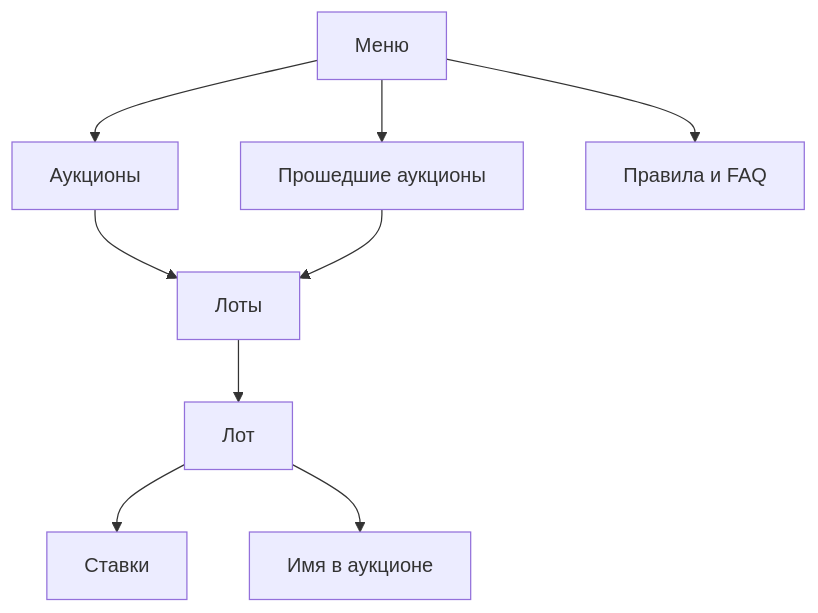
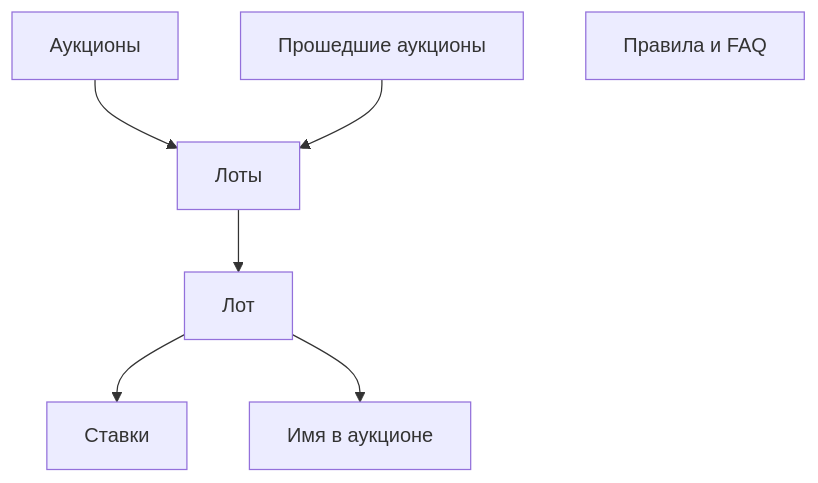
One commit to Solguficky/solguficky-hub changed the second of 2 diagrams in docs/design/bot/design-code.md. Above: the diagram before and after it, drawn with Mermaid. The commit also changed other lines of this file and 34 other files, not shown here.

````diff
--- a/docs/design/bot/design-code.md
+++ b/docs/design/bot/design-code.md
@@ -82,12 +88,11 @@
 ```mermaid
 flowchart TD
-    menu[Меню]
-    menu --> auctions[Аукционы]
-    menu --> past[Прошедшие аукционы]
-    menu --> faq[Правила и FAQ]
+    auctions[Аукционы]
+    past[Прошедшие аукционы]
+    faq[Правила и FAQ]
     auctions --> feed[Лоты]
     past --> feed
     feed --> lot[Лот]
     lot --> history[Ставки]
     lot --> name[Имя в аукционе]
 ```
````
